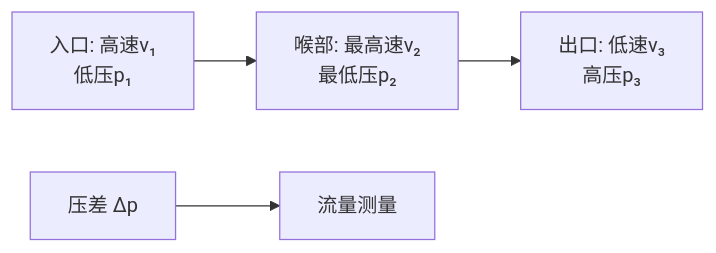
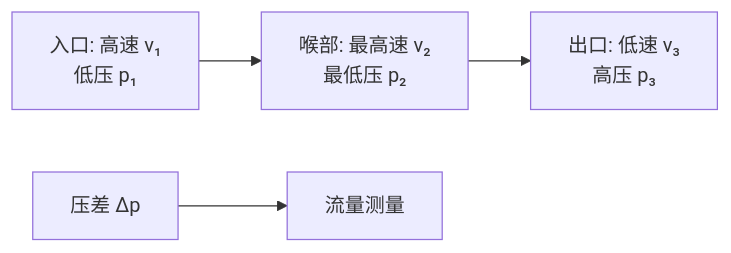
Before and after one commit to Tianshang301/TianshangKnowledgeBase: the second of 2 diagrams in 02_NaturalSciences/Physics/ClassicalMechanics/FluidMechanicsOverview.md, drawn with Mermaid. The commit also changed other lines of this file and 2257 other files, not shown here.

````diff
--- a/02_NaturalSciences/Physics/ClassicalMechanics/FluidMechanicsOverview.md
+++ b/02_NaturalSciences/Physics/ClassicalMechanics/FluidMechanicsOverview.md
@@ -123,6 +125,6 @@
 ```mermaid
 flowchart LR
-    A[入口: 高速v₁<br/>低压p₁] --> B[喉部: 最高速v₂<br/>最低压p₂]
-    B --> C[出口: 低速v₃<br/>高压p₃]
+    A[入口: 高速 v₁<br/>低压 p₁] --> B[喉部: 最高速 v₂<br/>最低压 p₂]
+    B --> C[出口: 低速 v₃<br/>高压 p₃]
     D[压差 Δp] --> E[流量测量]
 ```
````
